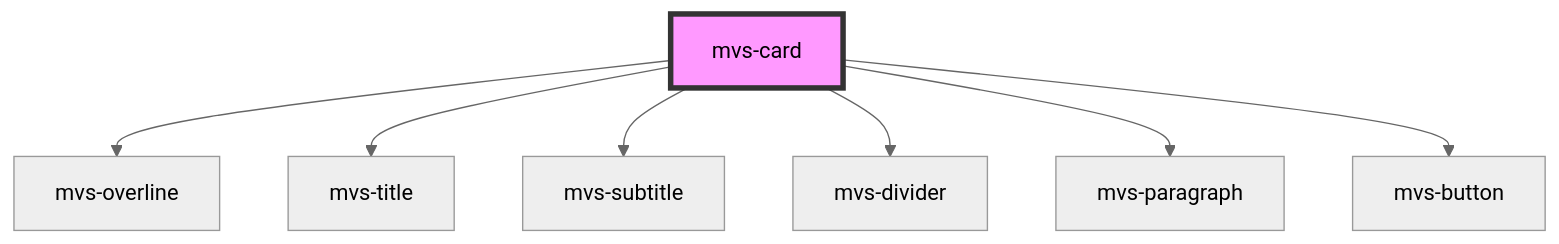
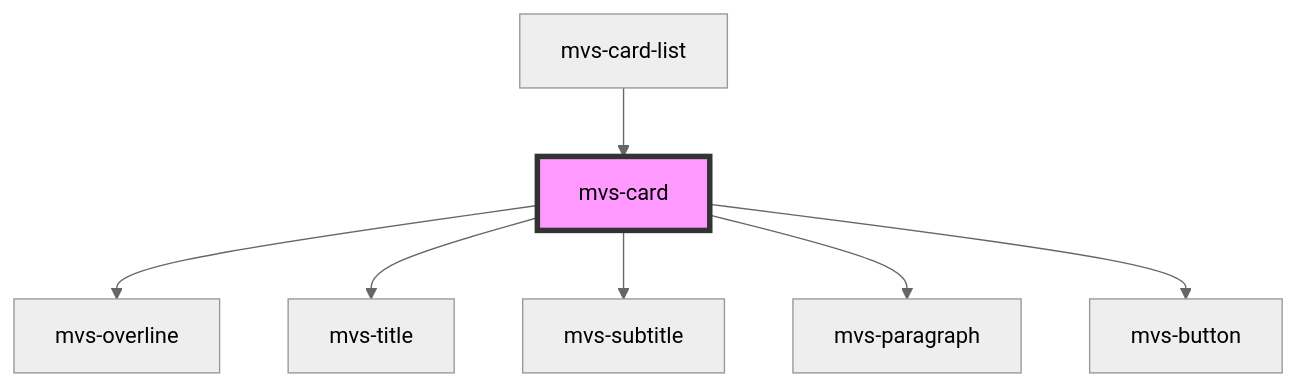
Before and after one commit to rafaela-vairo/mvs-design-system: the diagram in src/components/layout/mvs-card/readme.md, drawn with Mermaid (neutral theme). The commit also changed other lines of this file and 16 other files, not shown here.

````diff
--- a/src/components/layout/mvs-card/readme.md
+++ b/src/components/layout/mvs-card/readme.md
@@ -32,10 +38,10 @@
 ```mermaid
 graph TD;
   mvs-card --> mvs-overline
   mvs-card --> mvs-title
   mvs-card --> mvs-subtitle
-  mvs-card --> mvs-divider
   mvs-card --> mvs-paragraph
   mvs-card --> mvs-button
+  mvs-card-list --> mvs-card
   style mvs-card fill:#f9f,stroke:#333,stroke-width:4px
 ```
````
